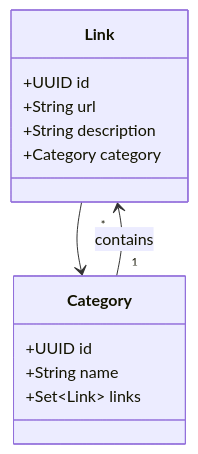
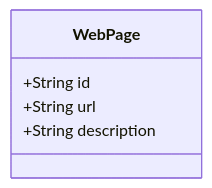
One commit to giselle-ferreira/java-spring-api-railway changed the diagram in README.md. Above: the diagram before and after it, drawn with Mermaid. The commit also changed other lines of this file, not shown here.

````diff
--- a/README.md
+++ b/README.md
@@ -19,19 +19,10 @@
 ```mermaid
 classDiagram
-    class Link {
-        +UUID id
+    class WebPage {
+        +String id
         +String url
         +String description
-        +Category category
     }
 
-    class Category {
-        +UUID id
-        +String name
-        +Set~Link~ links
-    }
-
-    Link --> Category
-    Category "1" --> "*" Link : contains
 
 ```
````
